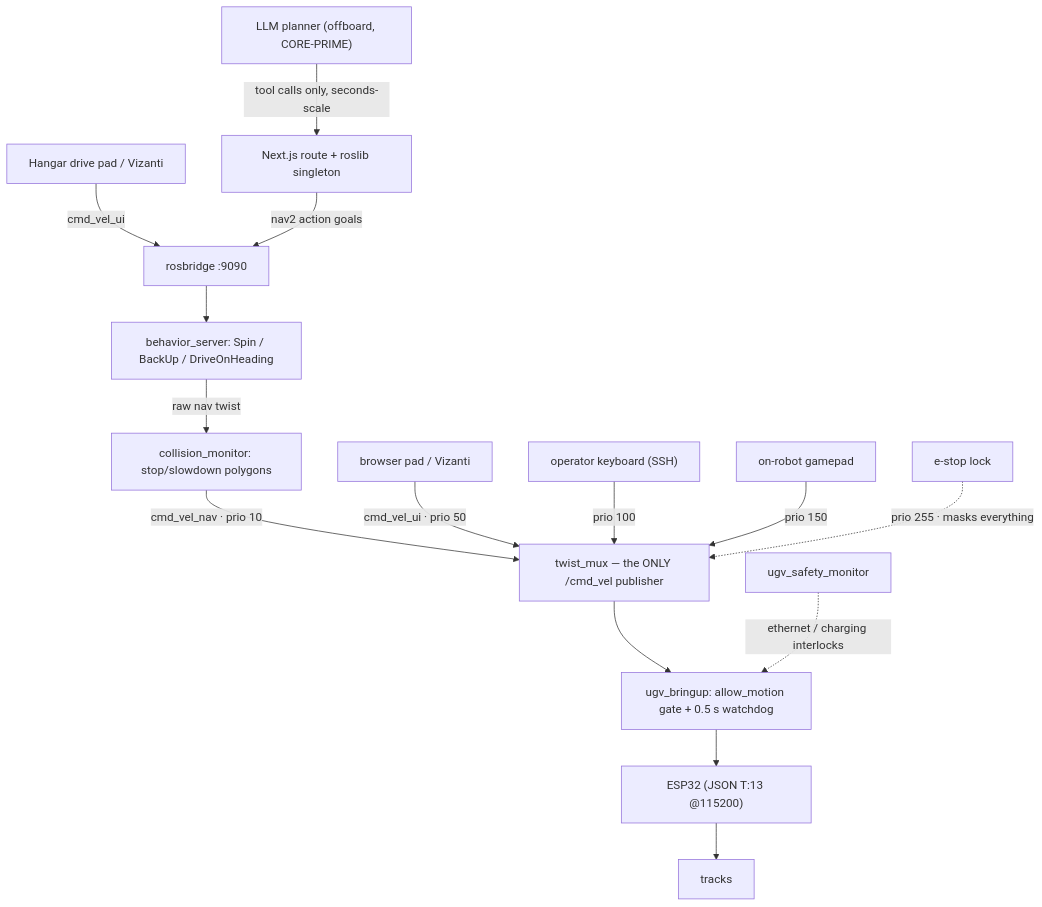
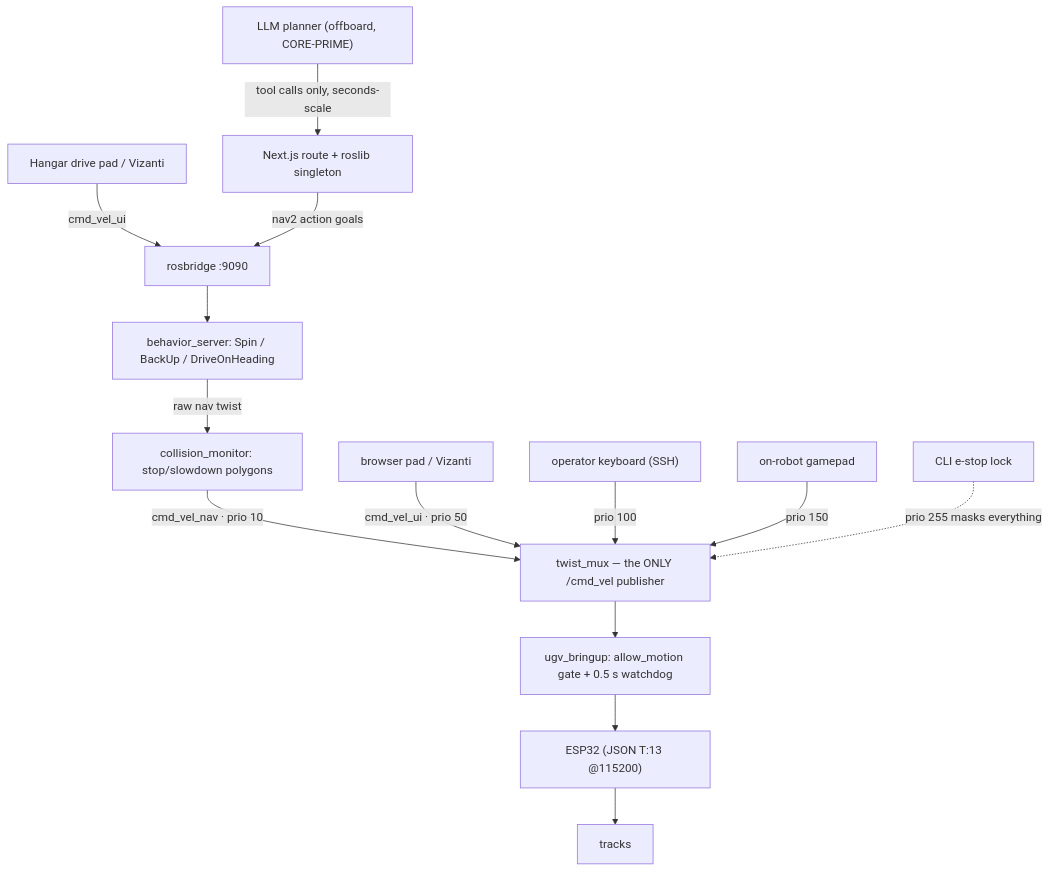
Before and after one commit to Coldaine/RobotOverview: the second of 4 diagrams in docs/beast-control-topology.md, drawn with Mermaid. The commit also changed other lines of this file and 21 other files, not shown here.

````diff
--- a/docs/beast-control-topology.md
+++ b/docs/beast-control-topology.md
@@ -81,17 +81,16 @@
 ```mermaid
 flowchart TB
   LLM["LLM planner (offboard, CORE-PRIME)"] -->|"tool calls only, seconds-scale"| CH["Next.js route + roslib singleton"]
   OPW["Hangar drive pad / Vizanti"] -->|"cmd_vel_ui"| RBX["rosbridge :9090"]
   CH -->|"nav2 action goals"| RBX
   RBX --> BS["behavior_server: Spin / BackUp / DriveOnHeading"]
   BS -->|"raw nav twist"| CM["collision_monitor: stop/slowdown polygons"]
   CM -->|"cmd_vel_nav · prio 10"| MUX["twist_mux — the ONLY /cmd_vel publisher"]
   PAD["browser pad / Vizanti"] -->|"cmd_vel_ui · prio 50"| MUX
   KBD["operator keyboard (SSH)"] -->|"prio 100"| MUX
   JPD["on-robot gamepad"] -->|"prio 150"| MUX
-  ES["e-stop lock"] -.->|"prio 255 · masks everything"| MUX
+  ES["CLI e-stop lock"] -.->|"prio 255 masks everything"| MUX
   MUX --> BR["ugv_bringup: allow_motion gate + 0.5 s watchdog"]
   BR --> ESP["ESP32 (JSON T:13 @115200)"]
   ESP --> TRK["tracks"]
-  SM["ugv_safety_monitor"] -.->|"ethernet / charging interlocks"| BR
 ```
````
